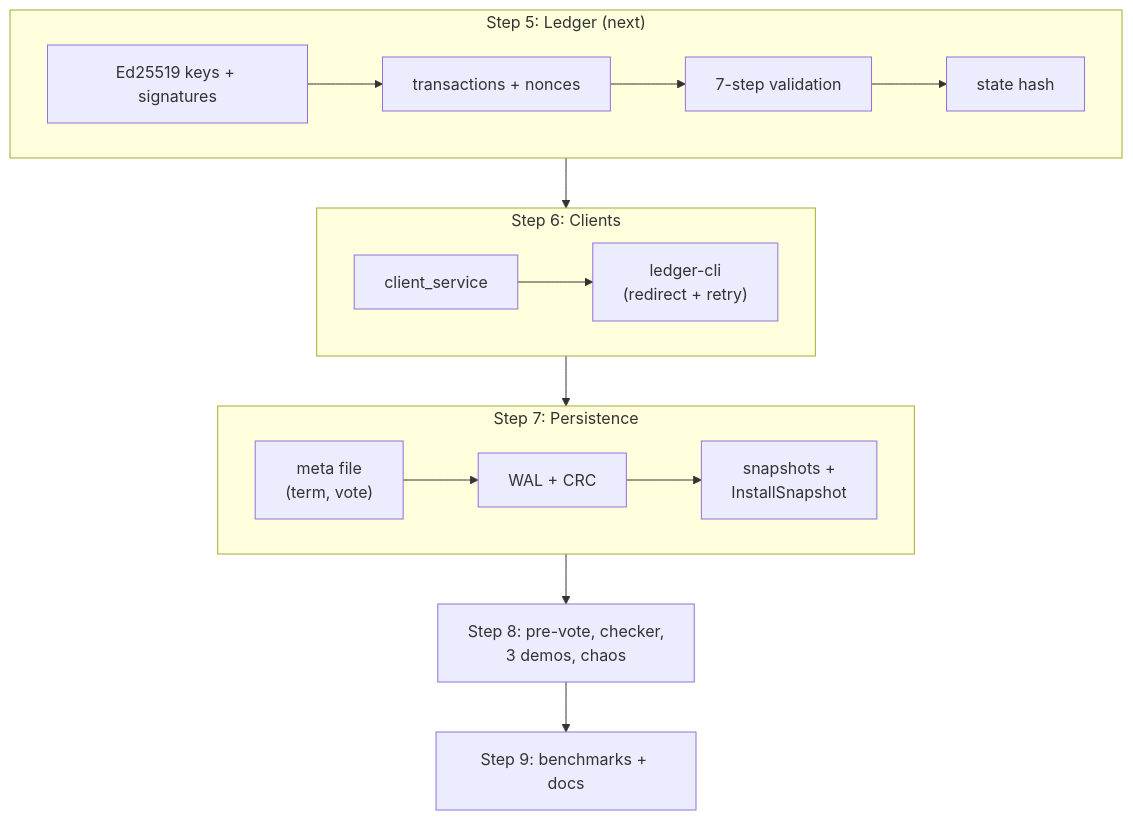
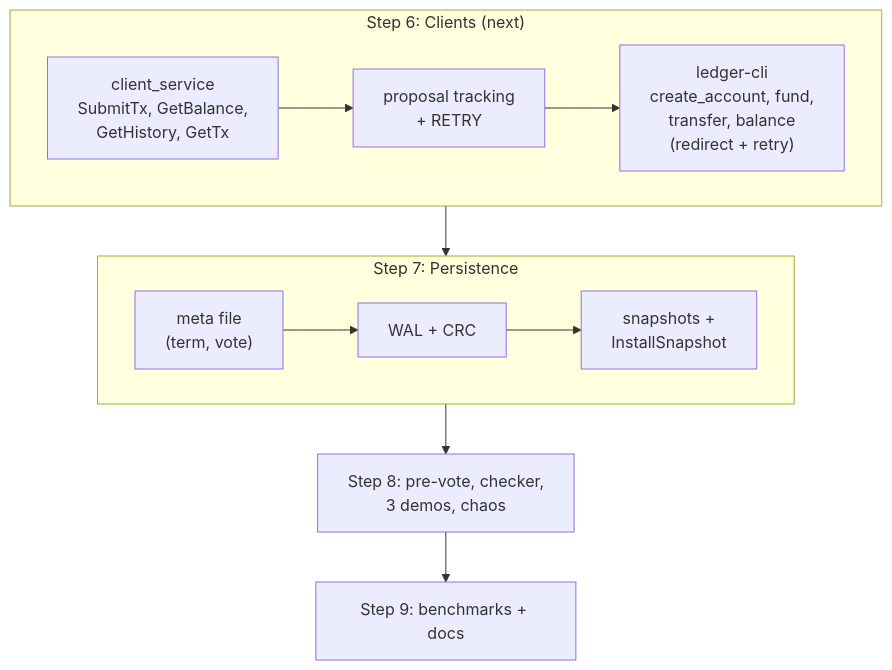
Diagram 12 of 12 in progress.md (D1vyanshu1/QuorumPay), drawn with Mermaid before and after one commit. The commit also changed other lines of this file and 40 other files, not shown here.

````diff
--- a/progress.md
+++ b/progress.md
@@ -397,16 +447,12 @@
 ```mermaid
 flowchart TB
-    subgraph S5["Step 5: Ledger (next)"]
+    subgraph S6["Step 6: Clients (next)"]
         direction LR
-        l1["Ed25519 keys + signatures"] --> l2["transactions + nonces"] --> l3["7-step validation"] --> l4["state hash"]
-    end
-    subgraph S6["Step 6: Clients"]
-        direction LR
-        c1["client_service"] --> c2["ledger-cli<br/>(redirect + retry)"]
+        c1["client_service<br/>SubmitTx, GetBalance,<br/>GetHistory, GetTx"] --> c2["proposal tracking<br/>+ RETRY"] --> c3["ledger-cli<br/>create_account, fund,<br/>transfer, balance<br/>(redirect + retry)"]
     end
     subgraph S7["Step 7: Persistence"]
         direction LR
         p1["meta file<br/>(term, vote)"] --> p2["WAL + CRC"] --> p3["snapshots +<br/>InstallSnapshot"]
     end
-    S5 --> S6 --> S7 --> S8["Step 8: pre-vote, checker,<br/>3 demos, chaos"] --> S9["Step 9: benchmarks + docs"]
+    S6 --> S7 --> S8["Step 8: pre-vote, checker,<br/>3 demos, chaos"] --> S9["Step 9: benchmarks + docs"]
 ```
````
